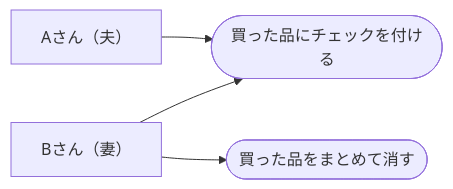
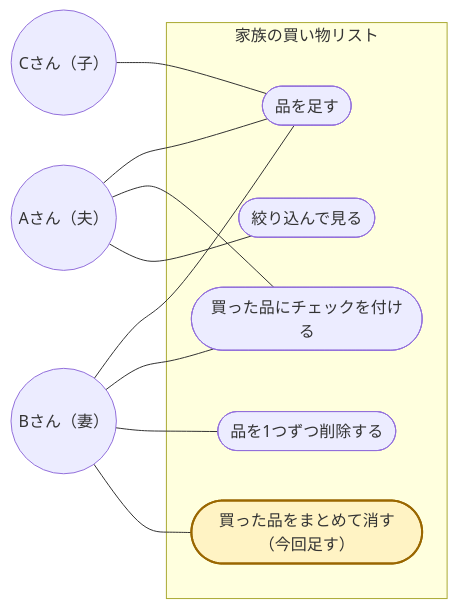
Before and after one commit to rojoudotcom/family-shopping-list-demo: the first of 3 diagrams in docs/specs/買った品をまとめて消す/設計書.md, drawn with Mermaid. The commit also changed other lines of this file and 2 other files, not shown here.

Commit message:
設計書の図を、ユースケース図と ERD らしい形にする（2026-10-26 オーナー指摘） (#42)
ユースケース図は、使う人（丸）とアプリの枠の中の操作を線でつなぎ、今回足す操作に色を付ける。
ERD は、保存先（買い物リスト）と品物のつながり、主キー、項目の意味を描く。/spec の決まりとひな形も合わせた。

````diff
--- a/docs/specs/買った品をまとめて消す/設計書.md
+++ b/docs/specs/買った品をまとめて消す/設計書.md
@@ -39,10 +39,23 @@
 ```mermaid
 flowchart LR
-  A["Aさん（夫）"]
-  B["Bさん（妻）"]
-  UC1(["買った品にチェックを付ける"])
-  UC2(["買った品をまとめて消す"])
-  A --> UC1
-  B --> UC1
-  B --> UC2
+  A(("Aさん（夫）"))
+  B(("Bさん（妻）"))
+  C(("Cさん（子）"))
+  subgraph SYS["家族の買い物リスト"]
+    UC1(["品を足す"])
+    UC2(["買った品にチェックを付ける"])
+    UC3(["品を1つずつ削除する"])
+    UC4(["絞り込んで見る"])
+    UC5(["買った品をまとめて消す（今回足す）"])
+  end
+  A --- UC1
+  A --- UC2
+  A --- UC4
+  B --- UC1
+  B --- UC2
+  B --- UC3
+  B --- UC5
+  C --- UC1
+  classDef new fill:#fff3c4,stroke:#9a6700,stroke-width:2px
+  class UC5 new
 ```
````
